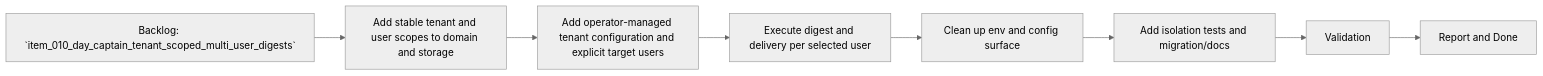
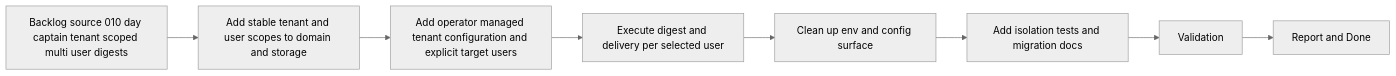
Before and after one commit to AlexAgo83/day-captain: the diagram in logics/tasks/task_018_day_captain_tenant_scoped_multi_user_foundations_and_execution.md, drawn with Mermaid (neutral theme). The commit also changed 40 other files, not shown here.

Commit message:
Normalize Logics Mermaid diagrams

````diff
--- a/logics/tasks/task_018_day_captain_tenant_scoped_multi_user_foundations_and_execution.md
+++ b/logics/tasks/task_018_day_captain_tenant_scoped_multi_user_foundations_and_execution.md
@@ -18,10 +18,10 @@
 ```mermaid
 flowchart LR
-    Backlog[Backlog: `item_010_day_captain_tenant_scoped_multi_user_digests`] --> Step1[Add stable tenant and user scopes to domain and storage]
-    Step1 --> Step2[Add operator-managed tenant configuration and explicit target users]
+    Backlog[Backlog source 010 day captain tenant scoped multi user digests] --> Step1[Add stable tenant and user scopes to domain and storage]
+    Step1 --> Step2[Add operator managed tenant configuration and explicit target users]
     Step2 --> Step3[Execute digest and delivery per selected user]
     Step3 --> Step4[Clean up env and config surface]
-    Step4 --> Step5[Add isolation tests and migration/docs]
+    Step4 --> Step5[Add isolation tests and migration docs]
     Step5 --> Validation[Validation]
     Validation --> Report[Report and Done]
 ```
````
